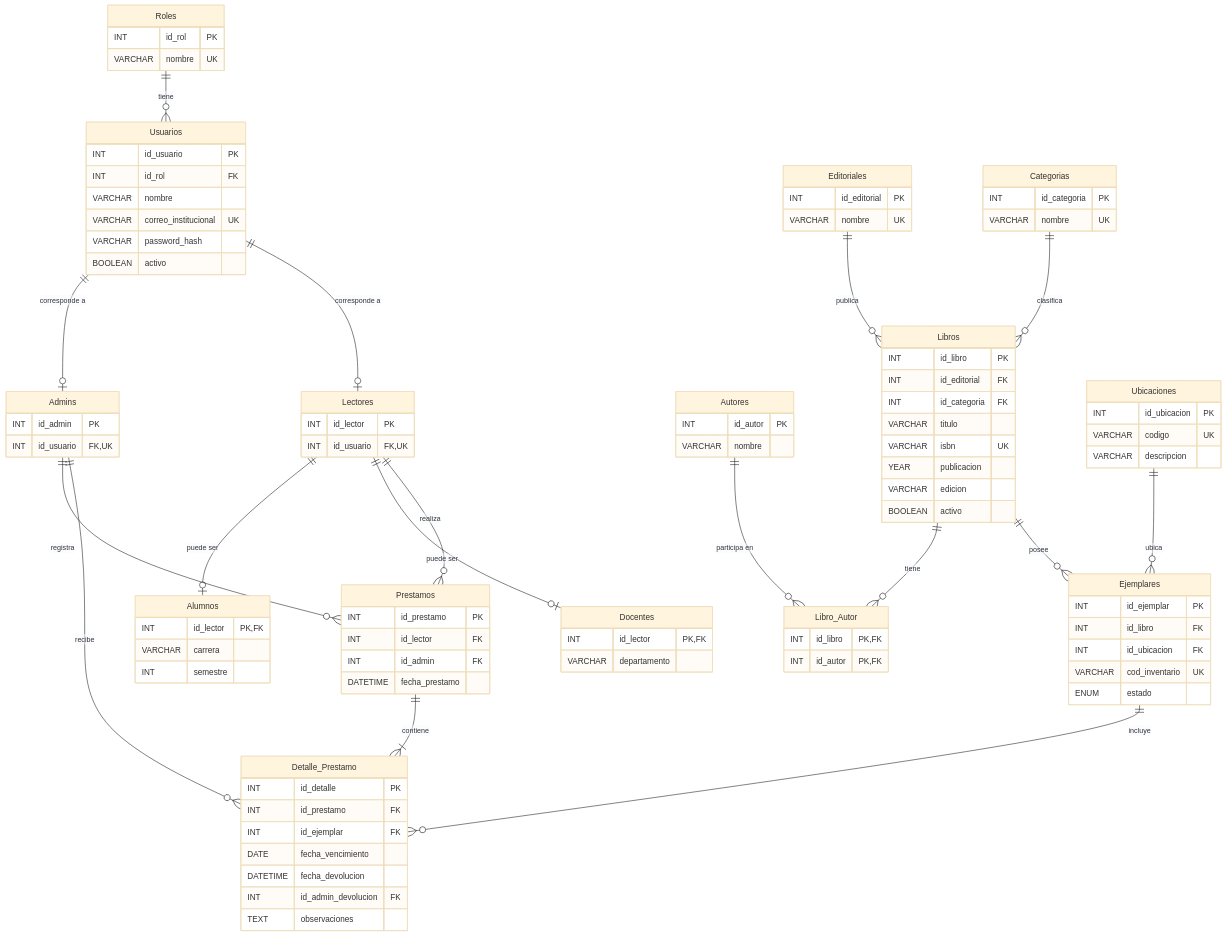
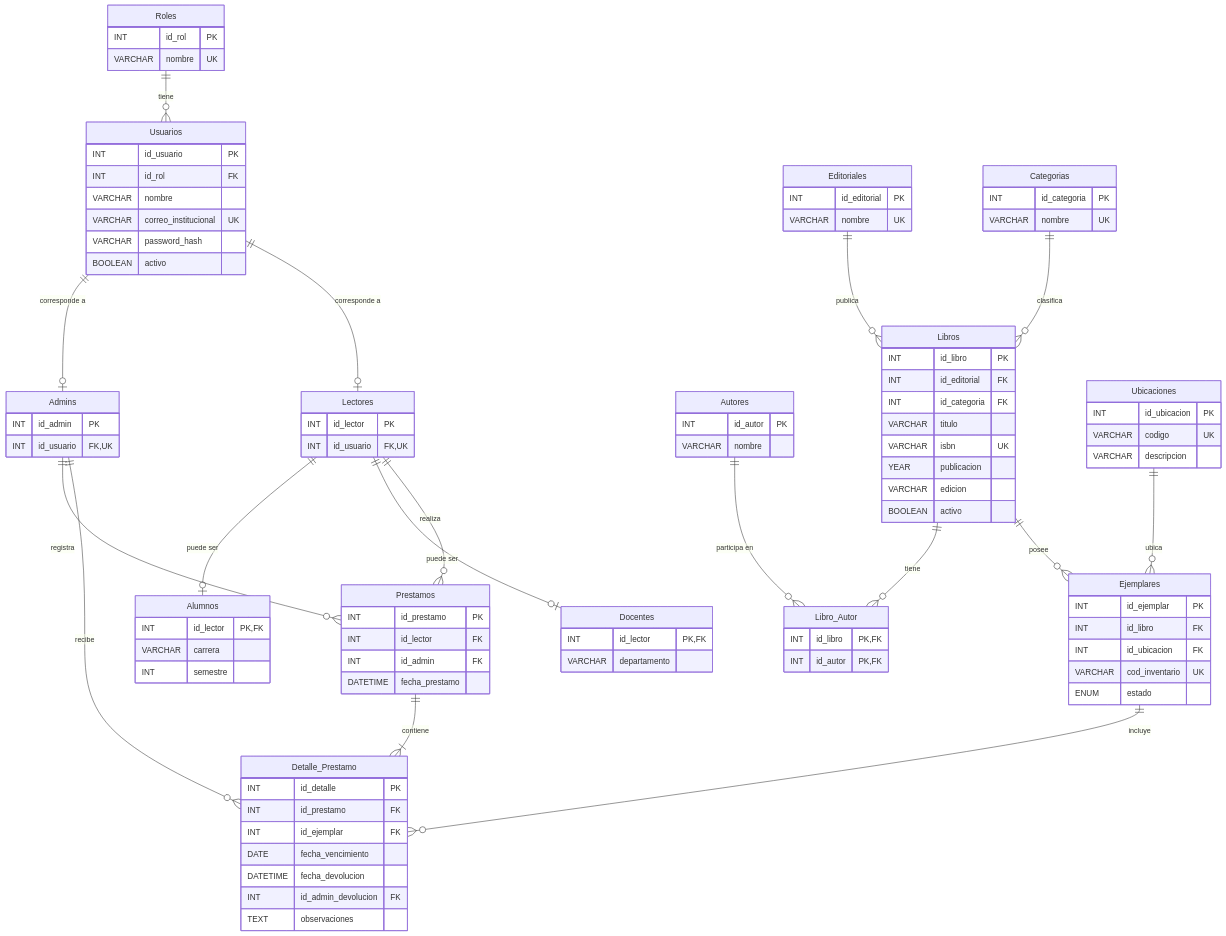
Before and after one commit to axelcisneros28032026/BiblioApp: the diagram in readme.md, drawn with Mermaid.

````diff
--- a/readme.md
+++ b/readme.md
@@ -71,8 +71,4 @@
 ```mermaid
-%%{init: {
-  "theme": "base",
-  "curve": "step"
-}}%%
 erDiagram
 
     Roles {
````
